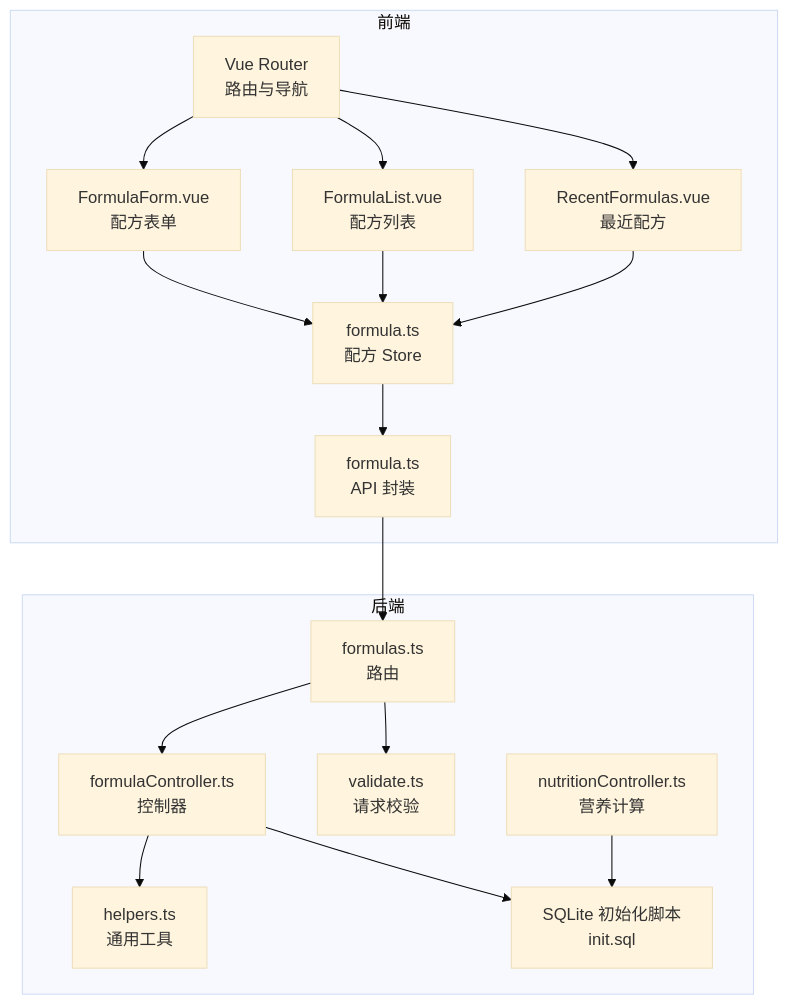
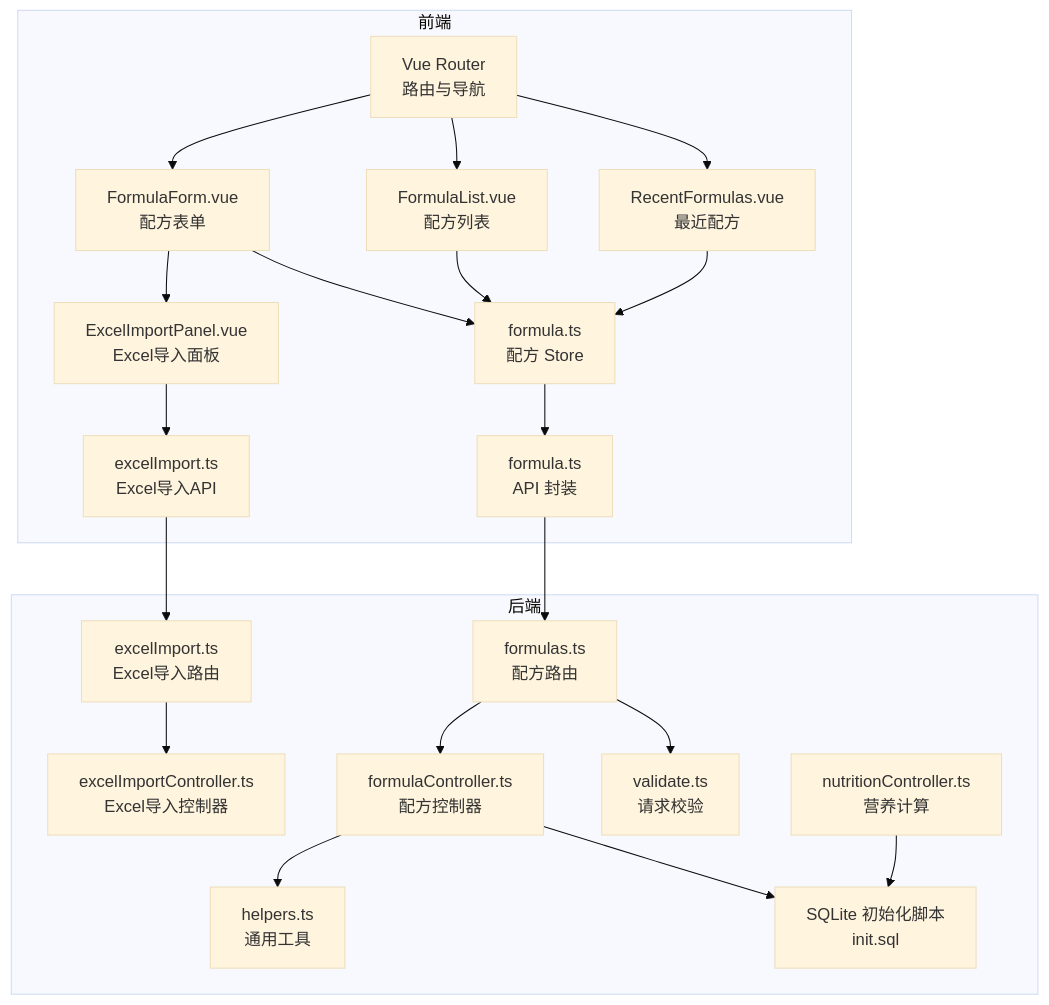
The first of 10 diagrams in .qoder/repowiki/zh/content/核心功能模块/配方管理系统/配方管理系统.md (xpretycn/TingStudio), drawn with Mermaid (base theme) before and after one commit. The commit also changed other lines of this file and 56 other files, not shown here.

````diff
--- a/.qoder/repowiki/zh/content/核心功能模块/配方管理系统/配方管理系统.md
+++ b/.qoder/repowiki/zh/content/核心功能模块/配方管理系统/配方管理系统.md
@@ -44,32 +48,40 @@
 ```mermaid
 graph TB
 subgraph "前端"
 FE_Router["Vue Router<br/>路由与导航"]
 FE_Form["FormulaForm.vue<br/>配方表单"]
 FE_List["FormulaList.vue<br/>配方列表"]
 FE_Recent["RecentFormulas.vue<br/>最近配方"]
+FE_ExcelPanel["ExcelImportPanel.vue<br/>Excel导入面板"]
 FE_Store["formula.ts<br/>配方 Store"]
 FE_API["formula.ts<br/>API 封装"]
+FE_ExcelAPI["excelImport.ts<br/>Excel导入API"]
 end
 subgraph "后端"
-BE_Route["formulas.ts<br/>路由"]
-BE_Ctrl["formulaController.ts<br/>控制器"]
+BE_Route["formulas.ts<br/>配方路由"]
+BE_ExcelRoute["excelImport.ts<br/>Excel导入路由"]
+BE_Ctrl["formulaController.ts<br/>配方控制器"]
+BE_ExcelCtrl["excelImportController.ts<br/>Excel导入控制器"]
 BE_Validate["validate.ts<br/>请求校验"]
 BE_Help["helpers.ts<br/>通用工具"]
 BE_DB["SQLite 初始化脚本<br/>init.sql"]
 BE_Nutrition["nutritionController.ts<br/>营养计算"]
 end
 FE_Router --> FE_Form
 FE_Router --> FE_List
 FE_Router --> FE_Recent
+FE_Form --> FE_ExcelPanel
 FE_Form --> FE_Store
 FE_List --> FE_Store
 FE_Recent --> FE_Store
+FE_ExcelPanel --> FE_ExcelAPI
 FE_Store --> FE_API
 FE_API --> BE_Route
+FE_ExcelAPI --> BE_ExcelRoute
 BE_Route --> BE_Ctrl
+BE_ExcelRoute --> BE_ExcelCtrl
 BE_Route --> BE_Validate
 BE_Ctrl --> BE_Help
 BE_Ctrl --> BE_DB
 BE_Nutrition --> BE_DB
 ```
````
